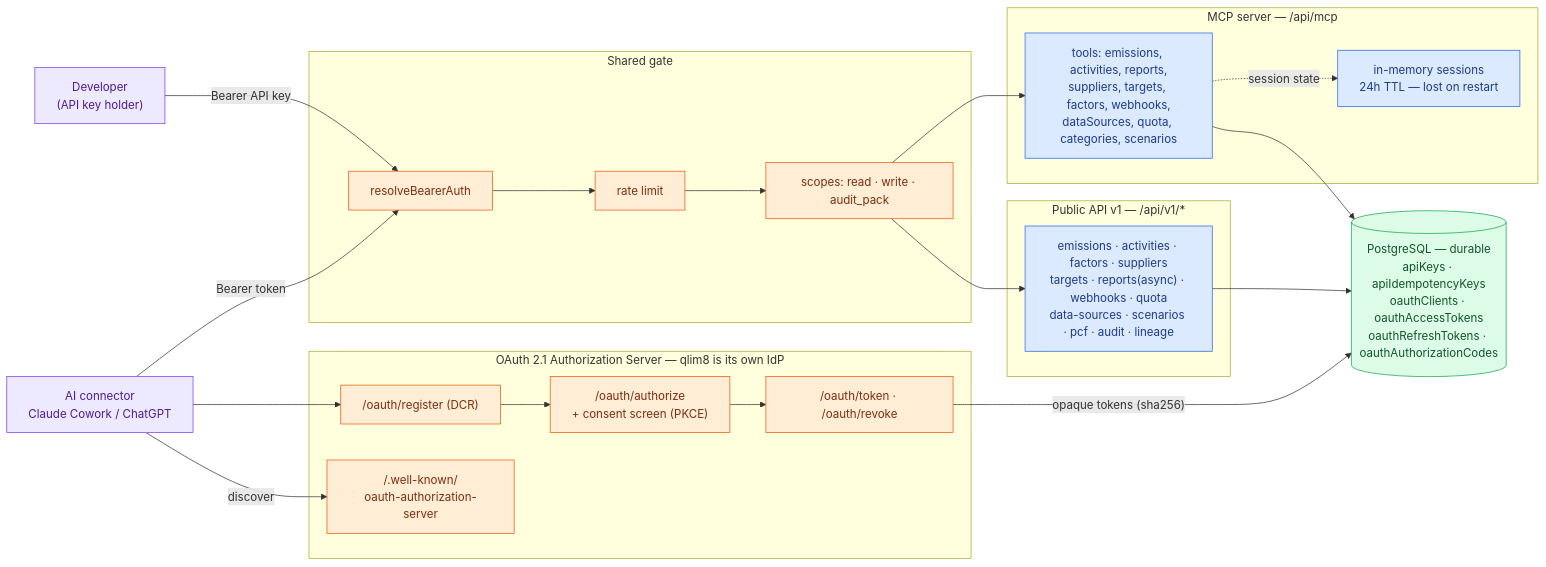
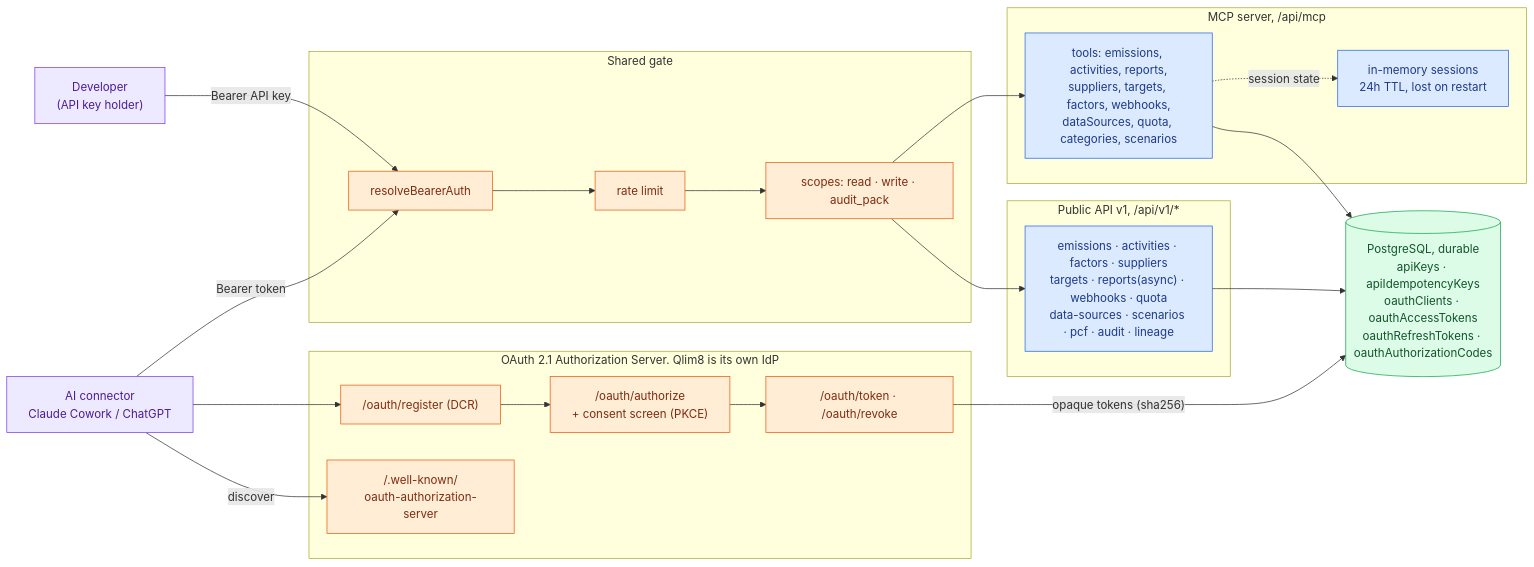
The diagram in docs/diagrams/mmd/03-api-agent-surface.mmd (madsdlund-nielsen/qlim8-landing), drawn with Mermaid before and after one commit. The commit also changed 93 other files, not shown here.

```diff
--- a/docs/diagrams/mmd/03-api-agent-surface.mmd
+++ b/docs/diagrams/mmd/03-api-agent-surface.mmd
@@ -1,50 +1,50 @@
-%% qlim8 — Public API + AI-agent integration surface (Diagram 3).
+%% qlim8, Public API + AI-agent integration surface (Diagram 3).
 %% qlim8 is its OWN OAuth 2.1 IdP. v1 and MCP share auth + rate limiting.
 flowchart LR
   dev["Developer<br/>(API key holder)"]
   connector["AI connector<br/>Claude Cowork / ChatGPT"]
 
-  subgraph as["OAuth 2.1 Authorization Server — qlim8 is its own IdP"]
+  subgraph as["OAuth 2.1 Authorization Server. Qlim8 is its own IdP"]
     disc["/.well-known/<br/>oauth-authorization-server"]
     reg["/oauth/register (DCR)"]
     authz["/oauth/authorize<br/>+ consent screen (PKCE)"]
     token["/oauth/token · /oauth/revoke"]
   end
 
   subgraph shared["Shared gate"]
     bearer["resolveBearerAuth"]
     rl["rate limit"]
     scopes["scopes: read · write · audit_pack"]
   end
 
-  subgraph v1["Public API v1 — /api/v1/*"]
+  subgraph v1["Public API v1, /api/v1/*"]
     v1r["emissions · activities · factors · suppliers<br/>targets · reports(async) · webhooks · quota<br/>data-sources · scenarios · pcf · audit · lineage"]
   end
 
-  subgraph mcp["MCP server — /api/mcp"]
+  subgraph mcp["MCP server, /api/mcp"]
     mcptools["tools: emissions, activities, reports,<br/>suppliers, targets, factors, webhooks,<br/>dataSources, quota, categories, scenarios"]
-    mcpsess["in-memory sessions<br/>24h TTL — lost on restart"]
+    mcpsess["in-memory sessions<br/>24h TTL, lost on restart"]
   end
 
-  pg[("PostgreSQL — durable<br/>apiKeys · apiIdempotencyKeys<br/>oauthClients · oauthAccessTokens<br/>oauthRefreshTokens · oauthAuthorizationCodes")]
+  pg[("PostgreSQL, durable<br/>apiKeys · apiIdempotencyKeys<br/>oauthClients · oauthAccessTokens<br/>oauthRefreshTokens · oauthAuthorizationCodes")]
 
   dev -->|"Bearer API key"| bearer
   connector -->|discover| disc
   connector --> reg --> authz --> token
   token -->|"opaque tokens (sha256)"| pg
   connector -->|"Bearer token"| bearer
   bearer --> rl --> scopes
   scopes --> v1r
   scopes --> mcptools
   v1r --> pg
   mcptools --> pg
   mcptools -. session state .-> mcpsess
 
   classDef internal fill:#dbeafe,stroke:#2563eb,color:#1e3a8a;
   classDef store fill:#dcfce7,stroke:#16a34a,color:#14532d;
   classDef security fill:#ffedd5,stroke:#ea580c,color:#7c2d12;
   classDef persona fill:#ede9fe,stroke:#7c3aed,color:#4c1d95;
   class dev,connector persona;
   class disc,reg,authz,token,bearer,rl,scopes security;
   class v1r,mcptools,mcpsess internal;
   class pg store;
```
